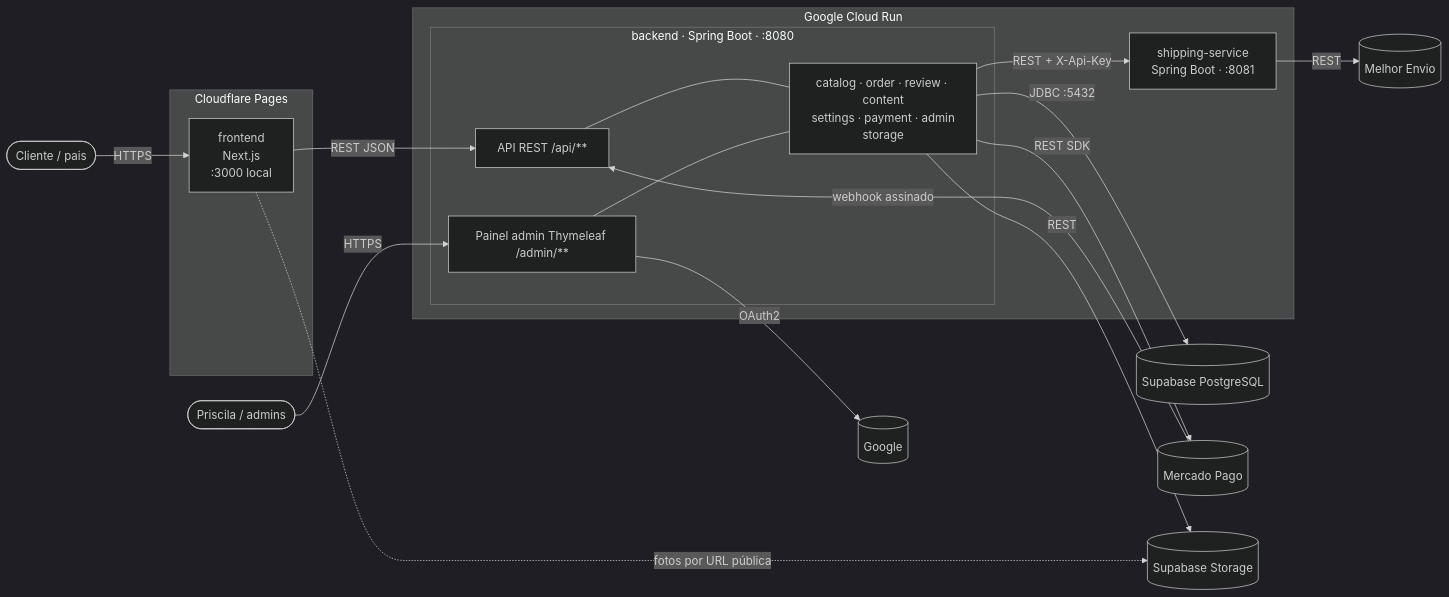
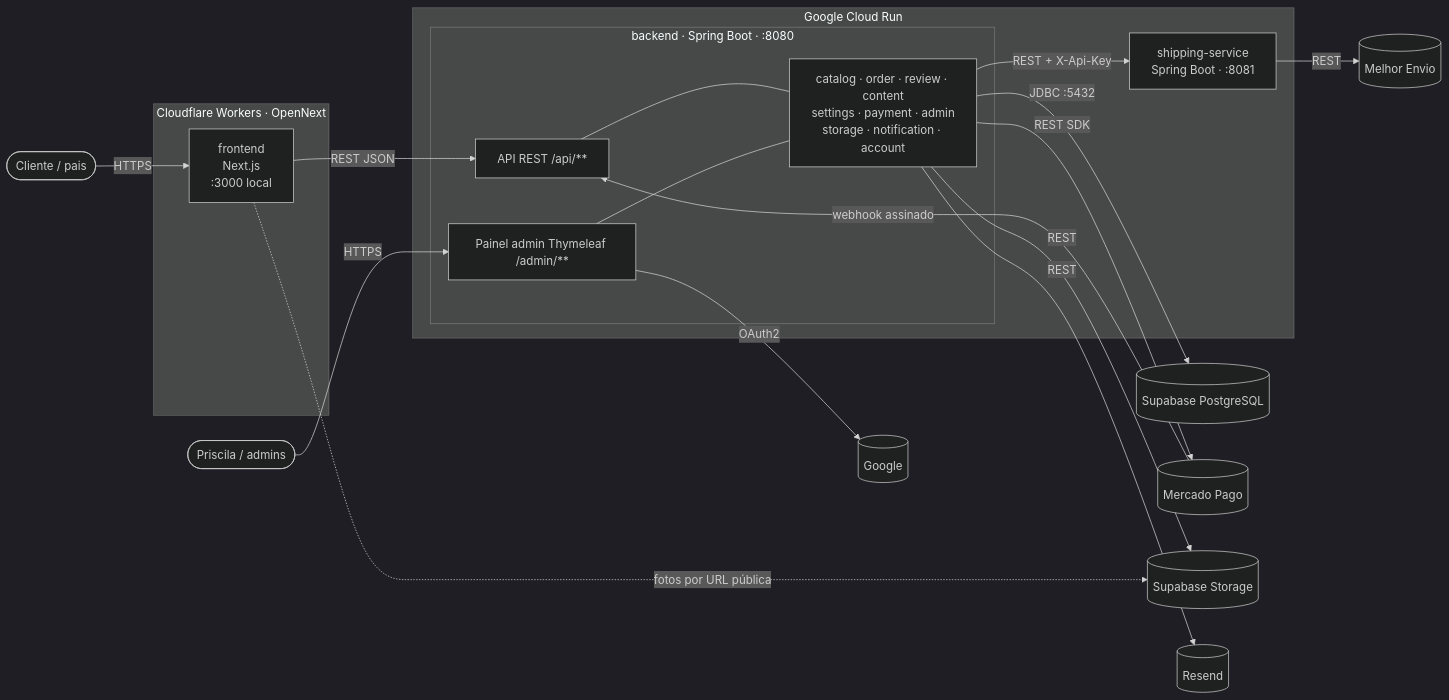
Before and after one commit to gabribaruelc/ASOBI: the first of 8 diagrams in docs/arquitetura.md, drawn with Mermaid (dark theme). The commit also changed other lines of this file and 90 other files, not shown here.

````diff
--- a/docs/arquitetura.md
+++ b/docs/arquitetura.md
@@ -177,30 +177,31 @@
 ```mermaid
 flowchart LR
     cliente([Cliente / pais]) -->|HTTPS| loja
     priscila([Priscila / admins]) -->|HTTPS| painel
 
-    subgraph CF[Cloudflare Pages]
+    subgraph CF[Cloudflare Workers · OpenNext]
         loja[frontend<br/>Next.js<br/>:3000 local]
     end
 
     subgraph CR[Google Cloud Run]
         subgraph BE[backend · Spring Boot · :8080]
             api[API REST /api/**]
             painel[Painel admin Thymeleaf /admin/**]
-            mods[catalog · order · review · content<br/>settings · payment · admin<br/>storage]
+            mods[catalog · order · review · content<br/>settings · payment · admin<br/>storage · notification · account]
         end
         ship[shipping-service<br/>Spring Boot · :8081]
     end
 
     loja -->|REST JSON| api
     api --- mods
     painel --- mods
     mods -->|REST + X-Api-Key| ship
     ship -->|REST| ME[(Melhor Envio)]
     mods -->|JDBC :5432| DB[(Supabase PostgreSQL)]
     mods -->|REST SDK| MP[(Mercado Pago)]
     mods -->|REST| ST[(Supabase Storage)]
+    mods -->|REST| RS[(Resend)]
     loja -.->|fotos por URL pública| ST
     MP -->|webhook assinado| api
     painel -->|OAuth2| G[(Google)]
 ```
````
